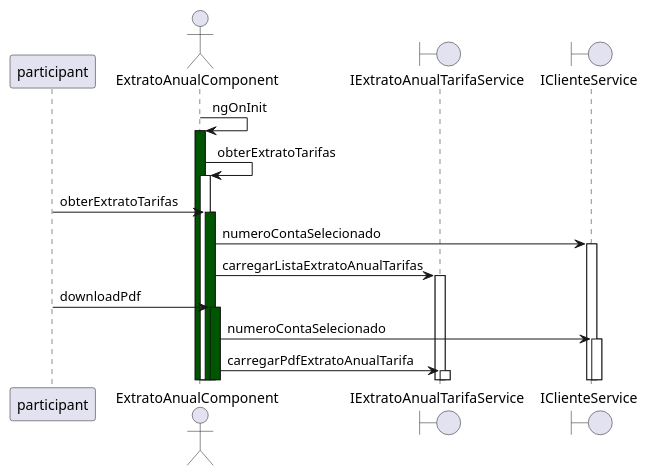
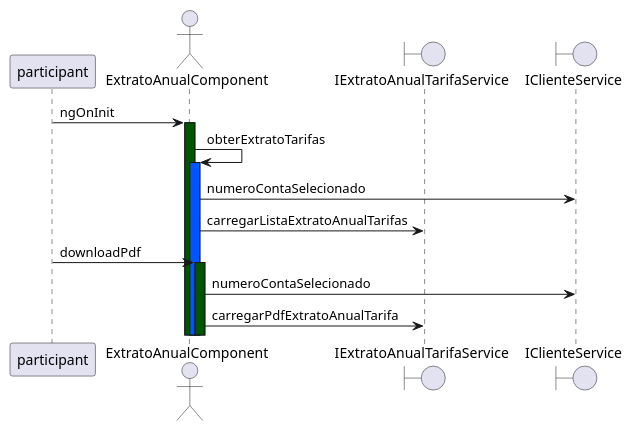
The diagram in example/extrato-anual.component.ts.sequence.puml (tommymolto/ng-reverse-uml), drawn with PlantUML before and after one commit. The commit also changed 13 other files, not shown here.

```diff
--- a/example/extrato-anual.component.ts.sequence.puml
+++ b/example/extrato-anual.component.ts.sequence.puml
@@ -1,15 +1,16 @@
 @startuml 
- autoactivate on 
  participant participant as Usuario
 actor  ExtratoAnualComponent as ExtratoAnualComponent
 boundary  IExtratoAnualTarifaService as extratoAnualService
 boundary  IClienteService as clienteService
-ExtratoAnualComponent->ExtratoAnualComponent #005500: ngOnInit 
-ExtratoAnualComponent->ExtratoAnualComponent : obterExtratoTarifas 
-Usuario->ExtratoAnualComponent #005500: obterExtratoTarifas 
-ExtratoAnualComponent->clienteService : numeroContaSelecionado 
-ExtratoAnualComponent->extratoAnualService : carregarListaExtratoAnualTarifas 
-Usuario->ExtratoAnualComponent #005500: downloadPdf 
-ExtratoAnualComponent->clienteService : numeroContaSelecionado 
-ExtratoAnualComponent->extratoAnualService : carregarPdfExtratoAnualTarifa 
+Usuario -> ExtratoAnualComponent:ngOnInit
+activate ExtratoAnualComponent #005500
+ExtratoAnualComponent -> ExtratoAnualComponent:obterExtratoTarifas
+activate ExtratoAnualComponent #0055FF
+ExtratoAnualComponent -> clienteService:numeroContaSelecionado
+ExtratoAnualComponent -> extratoAnualService:carregarListaExtratoAnualTarifas
+Usuario -> ExtratoAnualComponent:downloadPdf
+activate ExtratoAnualComponent #005500
+ExtratoAnualComponent -> clienteService:numeroContaSelecionado
+ExtratoAnualComponent -> extratoAnualService:carregarPdfExtratoAnualTarifa
 @enduml
```
